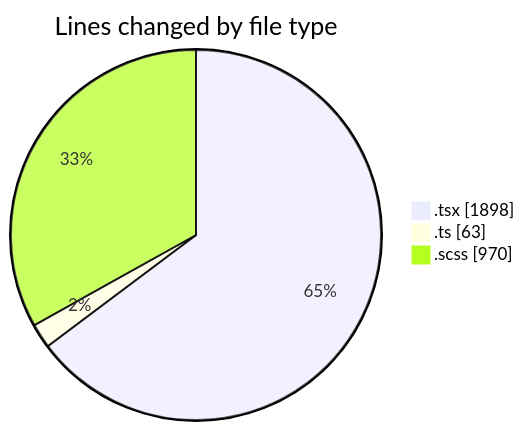
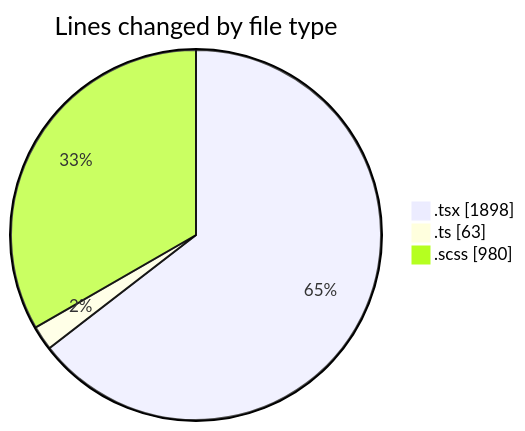
The first of 2 diagrams in 2025-04-02/cda/README.md (momahboobian/code-tracking), drawn with Mermaid before and after one commit. The commit also changed other lines of this file and 1 other file, not shown here.

````diff
--- a/2025-04-02/cda/README.md
+++ b/2025-04-02/cda/README.md
@@ -30,7 +30,7 @@
 ```mermaid
 pie showData
 title Lines changed by file type
 ".tsx" : 1898
 ".ts" : 63
-".scss" : 970
+".scss" : 980
 ```
````
